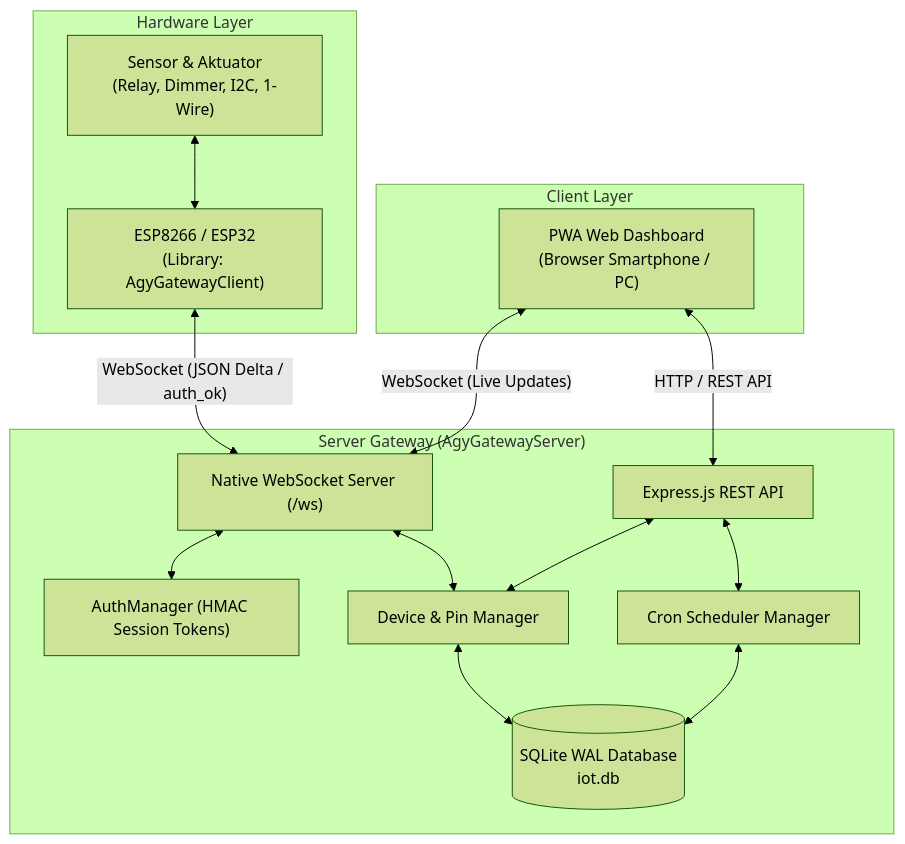
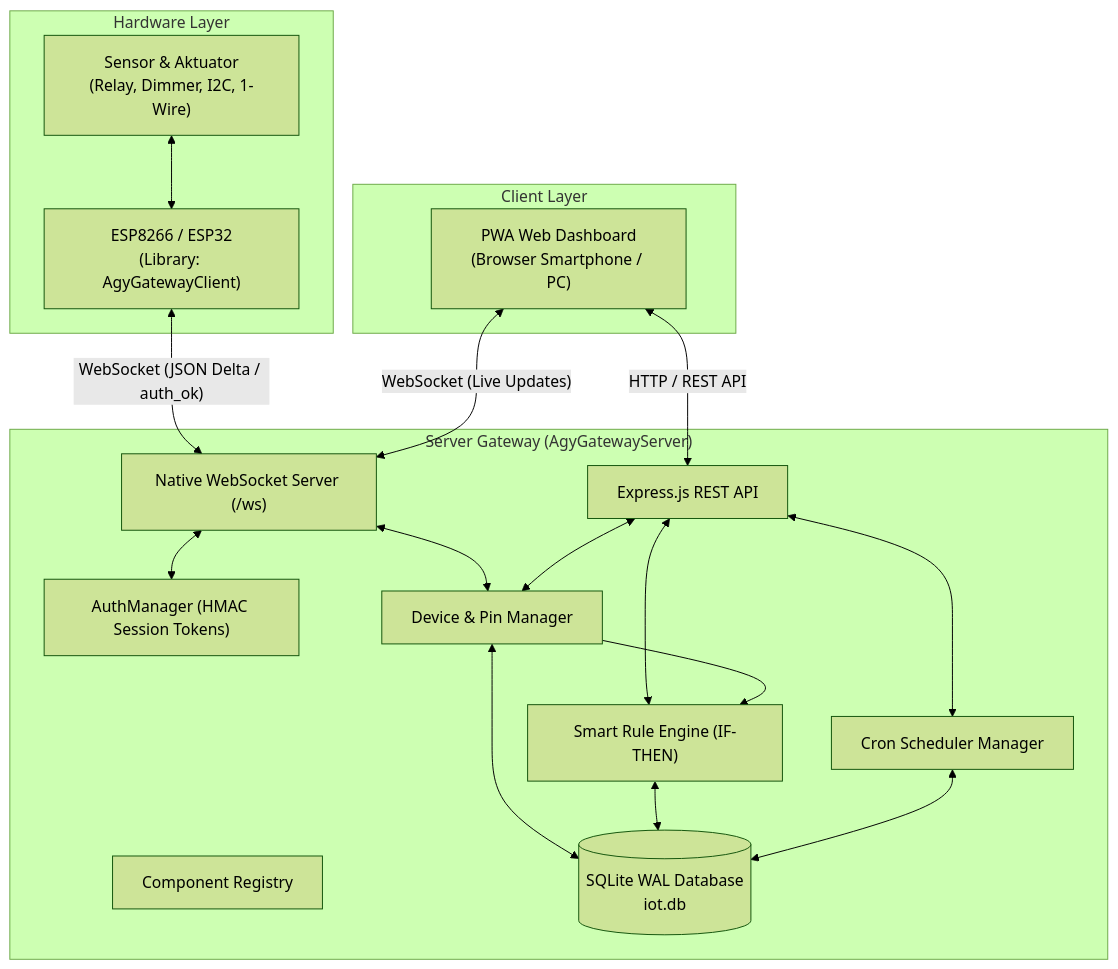
The diagram in README.md (SiMahfud/iot-server), drawn with Mermaid (forest theme) before and after one commit. The commit also changed other lines of this file and 20 other files, not shown here.

Commit message:
feat: refactor server architecture into modular database/routing layers, implement rule engine, and migrate CSS to a component-based structure

````diff
--- a/README.md
+++ b/README.md
@@ -55,32 +58,37 @@
 ```mermaid
 flowchart TD
     subgraph HardwareLayer ["Hardware Layer"]
         ESP["ESP8266 / ESP32<br>(Library: AgyGatewayClient)"]
         Sensors["Sensor & Aktuator<br>(Relay, Dimmer, I2C, 1-Wire)"]
         Sensors <--> ESP
     end
 
     subgraph ServerGateway ["Server Gateway (AgyGatewayServer)"]
         WS["Native WebSocket Server (/ws)"]
         Express["Express.js REST API"]
         Auth["AuthManager (HMAC Session Tokens)"]
         DevMgr["Device & Pin Manager"]
+        CompReg["Component Registry"]
         Sched["Cron Scheduler Manager"]
+        AutoEng["Smart Rule Engine (IF-THEN)"]
         DB[("SQLite WAL Database<br>iot.db")]
         
         WS <--> Auth
         WS <--> DevMgr
         Express <--> DevMgr
         Express <--> Sched
+        Express <--> AutoEng
         DevMgr <--> DB
+        DevMgr --> AutoEng
+        AutoEng <--> DB
         Sched <--> DB
     end
 
     subgraph ClientLayer ["Client Layer"]
         Web["PWA Web Dashboard<br>(Browser Smartphone / PC)"]
     end
 
     ESP <-->|"WebSocket (JSON Delta / auth_ok)"| WS
     Web <-->|"WebSocket (Live Updates)"| WS
     Web <-->|"HTTP / REST API"| Express
 ```
````
